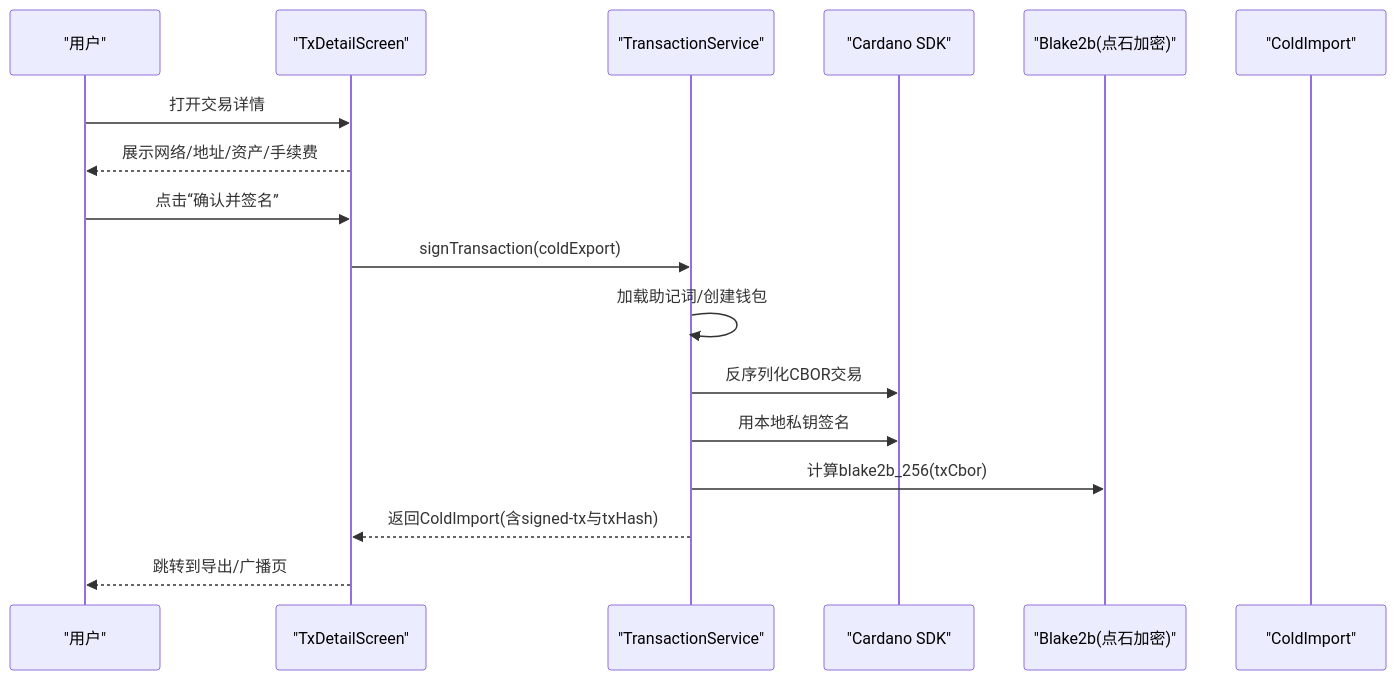
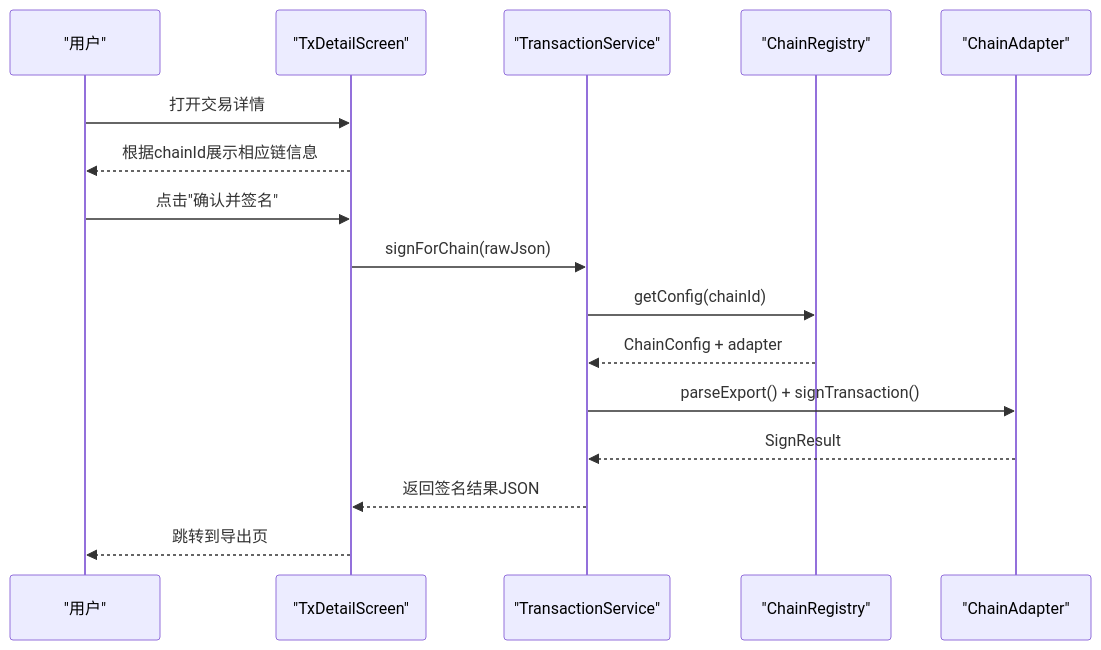
The second of 6 diagrams in .qoder/repowiki/zh/content/用户界面/冷钱包App界面/交易详情界面.md (EqualToEthan/stasis), drawn with Mermaid before and after one commit. The commit also changed other lines of this file and 40 other files, not shown here.

````diff
--- a/.qoder/repowiki/zh/content/用户界面/冷钱包App界面/交易详情界面.md
+++ b/.qoder/repowiki/zh/content/用户界面/冷钱包App界面/交易详情界面.md
@@ -67,19 +81,18 @@
 ```mermaid
 sequenceDiagram
 participant User as "用户"
 participant UI as "TxDetailScreen"
 participant Svc as "TransactionService"
-participant SDK as "Cardano SDK"
-participant Crypto as "Blake2b(点石加密)"
-participant Model as "ColdImport"
+participant Reg as "ChainRegistry"
+participant Adp as "ChainAdapter"
 User->>UI : 打开交易详情
-UI-->>User : 展示网络/地址/资产/手续费
-User->>UI : 点击“确认并签名”
-UI->>Svc : signTransaction(coldExport)
-Svc->>Svc : 加载助记词/创建钱包
-Svc->>SDK : 反序列化CBOR交易
-Svc->>SDK : 用本地私钥签名
-Svc->>Crypto : 计算blake2b_256(txCbor)
-Svc-->>UI : 返回ColdImport(含signed-tx与txHash)
-UI-->>User : 跳转到导出/广播页
+UI-->>User : 根据chainId展示相应链信息
+User->>UI : 点击"确认并签名"
+UI->>Svc : signForChain(rawJson)
+Svc->>Reg : getConfig(chainId)
+Reg-->>Svc : ChainConfig + adapter
+Svc->>Adp : parseExport() + signTransaction()
+Adp-->>Svc : SignResult
+Svc-->>UI : 返回签名结果JSON
+UI-->>User : 跳转到导出页
 ```
````
